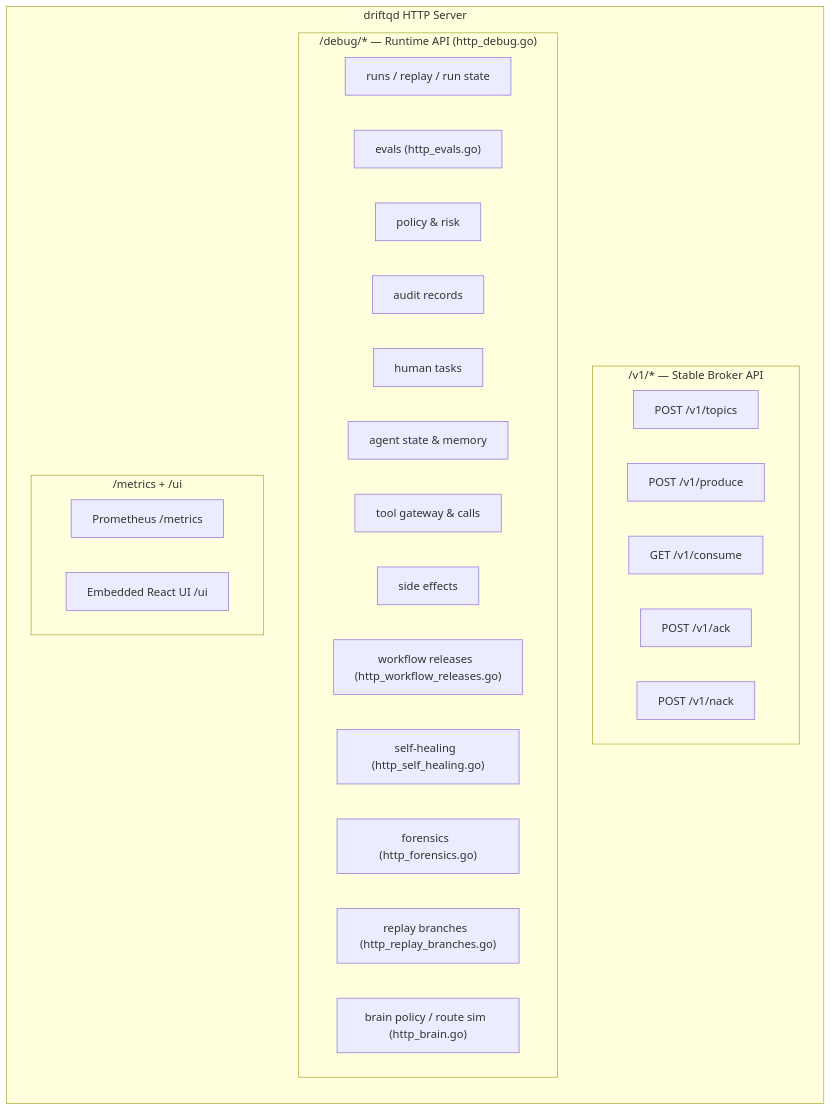
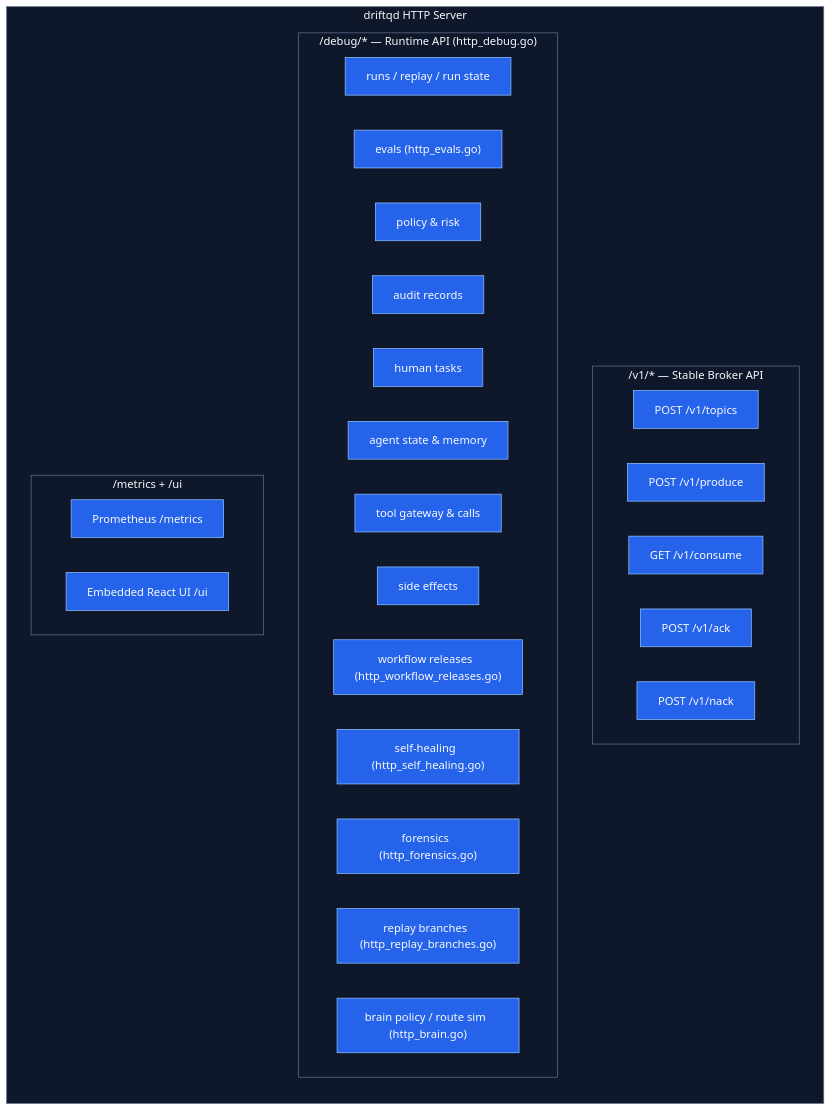
One commit to BehnamAxo/DriftQ-Core changed diagram 16 of 24 in docs/architecture.md. Above: the diagram before and after it, drawn with Mermaid. The commit also changed other lines of this file, not shown here.

````diff
--- a/docs/architecture.md
+++ b/docs/architecture.md
@@ -532,35 +536,36 @@
 ```mermaid
+%%{init: {'theme':'base','themeVariables': {'background':'transparent','primaryColor':'#2563eb','primaryTextColor':'#f8fafc','primaryBorderColor':'#93c5fd','secondaryColor':'#7c3aed','secondaryTextColor':'#f8fafc','secondaryBorderColor':'#c4b5fd','tertiaryColor':'#0f766e','tertiaryTextColor':'#f8fafc','tertiaryBorderColor':'#99f6e4','lineColor':'#94a3b8','clusterBkg':'#0f172a','clusterBorder':'#64748b','defaultLinkColor':'#94a3b8','fontFamily':'Inter, Arial, sans-serif'}}}%%
 graph LR
     subgraph SERVER["driftqd HTTP Server"]
         direction TB
 
         subgraph STABLE["/v1/* — Stable Broker API"]
             V_CREATE["POST /v1/topics"]
             V_PROD["POST /v1/produce"]
             V_CONS["GET  /v1/consume"]
             V_ACK["POST /v1/ack"]
             V_NACK["POST /v1/nack"]
         end
 
         subgraph RUNTIME["/debug/* — Runtime API  (http_debug.go)"]
             D_RUNS["runs / replay / run state"]
             D_EVALS["evals  (http_evals.go)"]
             D_POLICY["policy & risk"]
             D_AUDIT["audit records"]
             D_HUMAN["human tasks"]
             D_STATE["agent state & memory"]
             D_TOOL["tool gateway & calls"]
             D_SE["side effects"]
             D_REL["workflow releases  (http_workflow_releases.go)"]
             D_HEAL["self-healing  (http_self_healing.go)"]
             D_FOR["forensics  (http_forensics.go)"]
             D_REPB["replay branches  (http_replay_branches.go)"]
             D_BRAIN["brain policy / route sim  (http_brain.go)"]
         end
 
         subgraph OBS["/metrics + /ui"]
             PROM["Prometheus /metrics"]
             UI["Embedded React UI /ui"]
         end
     end
 ```
````
